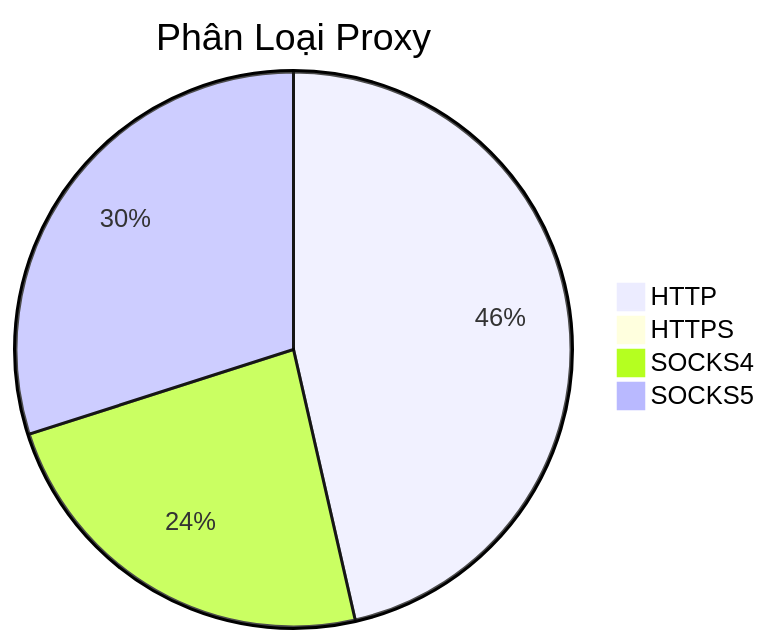
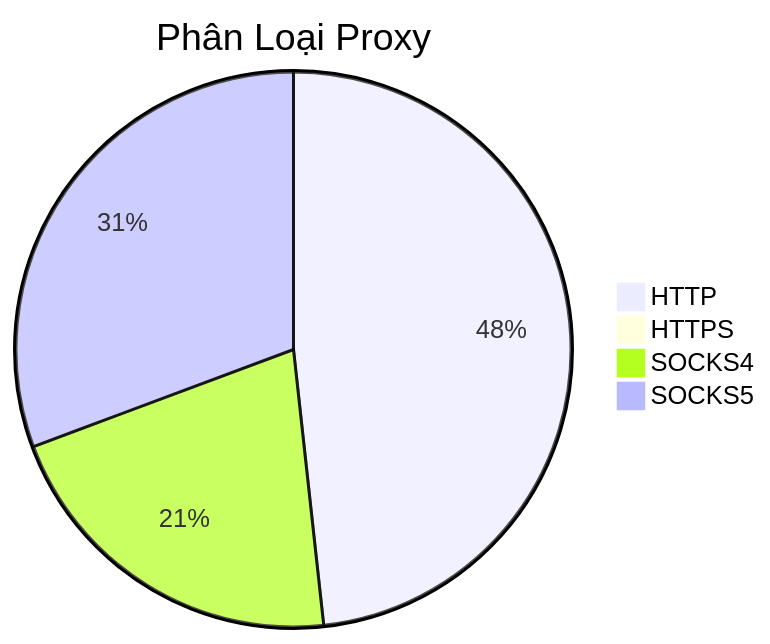
Before and after one commit to Ciara-12/PROXY-free: the diagram in README.md, drawn with Mermaid. The commit also changed other lines of this file and 4 other files, not shown here.

````diff
--- a/README.md
+++ b/README.md
@@ -26,7 +26,7 @@
 ```mermaid
 pie title Phân Loại Proxy
-    "HTTP" : 546
-    "HTTPS" : 0
-    "SOCKS4" : 278
-    "SOCKS5" : 352
+    "HTTP" : 486
+    "HTTPS" : 1
+    "SOCKS4" : 212
+    "SOCKS5" : 309
 ```
````
